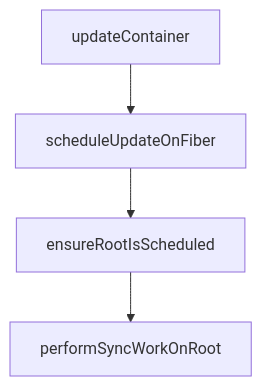
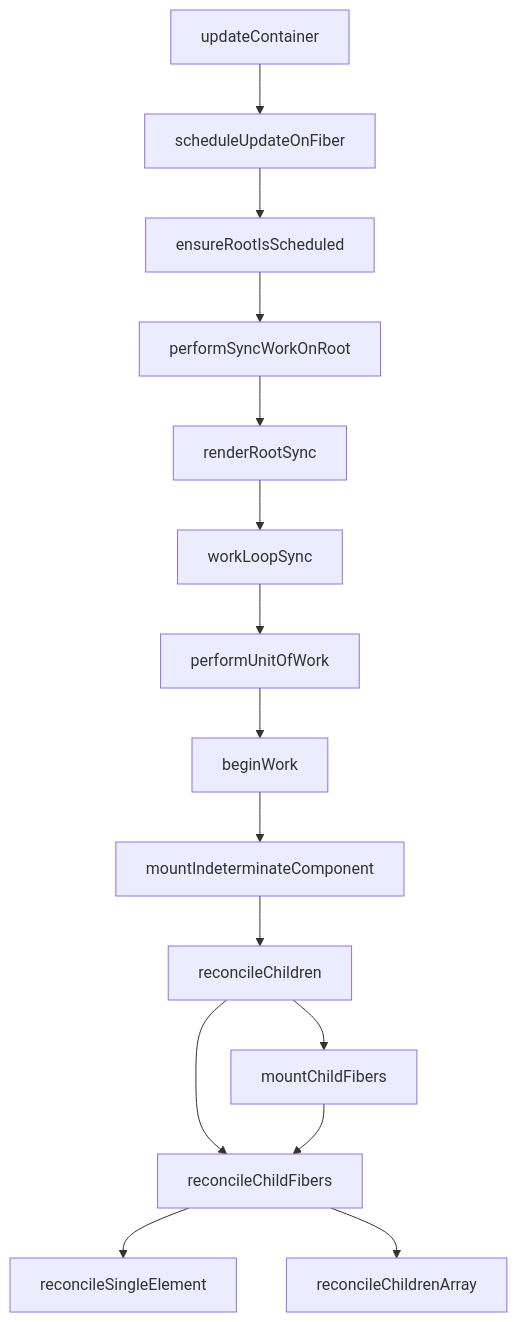
The diagram in packages/react-reconciler/mmd/update-container.mmd (djwxfdt/react-source-doc), drawn with Mermaid before and after one commit. The commit also changed 2 other files, not shown here.

```diff
--- a/packages/react-reconciler/mmd/update-container.mmd
+++ b/packages/react-reconciler/mmd/update-container.mmd
@@ -1,7 +1,30 @@
 graph TD;
 
 updateContainer --> scheduleUpdateOnFiber;
 
 scheduleUpdateOnFiber --> ensureRootIsScheduled;
 
 ensureRootIsScheduled --> performSyncWorkOnRoot;
+
+performSyncWorkOnRoot --> renderRootSync;
+
+renderRootSync --> workLoopSync;
+
+workLoopSync --> performUnitOfWork;
+
+performUnitOfWork --> beginWork;
+
+beginWork --> mountIndeterminateComponent;
+
+mountIndeterminateComponent --> reconcileChildren;
+
+
+reconcileChildren --> mountChildFibers;
+
+reconcileChildren --> reconcileChildFibers;
+
+mountChildFibers --> reconcileChildFibers;
+
+reconcileChildFibers --> reconcileSingleElement;
+
+reconcileChildFibers --> reconcileChildrenArray;
```
